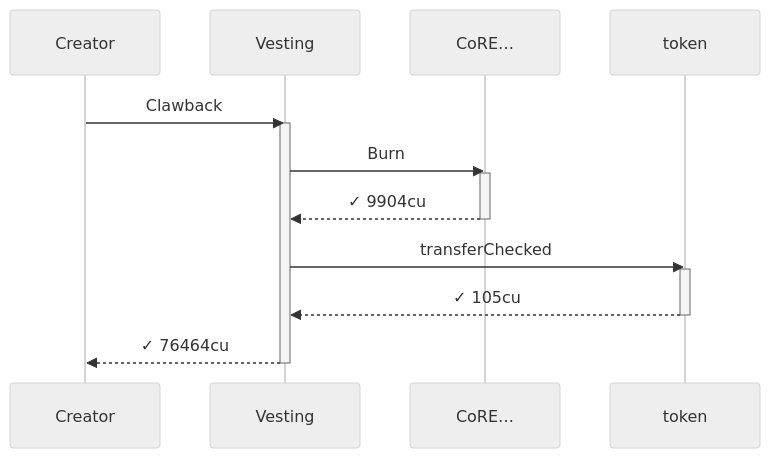
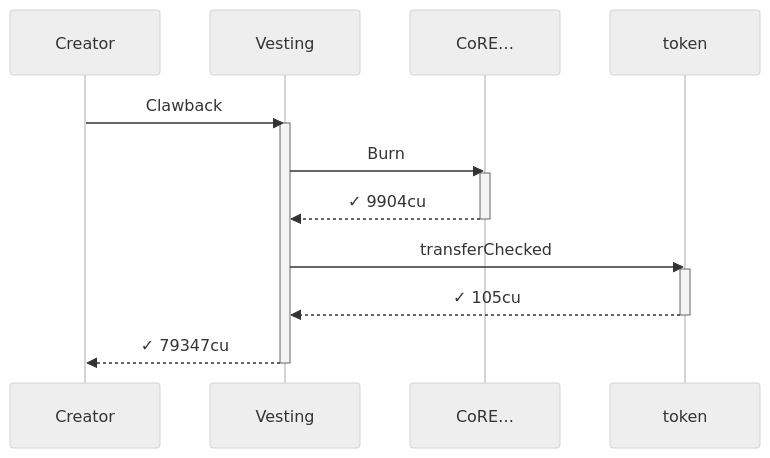
The seventh of 12 diagrams in babelfish-tests/test-report/vested_tokens_are_forfeited_past_the_grace_window.md (cds-turbin3/vesting-position), drawn with Mermaid (neutral theme) before and after one commit. The commit also changed other lines of this file and 106 other files, not shown here.

````diff
--- a/babelfish-tests/test-report/vested_tokens_are_forfeited_past_the_grace_window.md
+++ b/babelfish-tests/test-report/vested_tokens_are_forfeited_past_the_grace_window.md
@@ -399,19 +408,19 @@
 ```mermaid
 sequenceDiagram
     participant p0 as Creator
     participant p1 as Vesting
     participant p2 as CoRE…
     participant p3 as token
     p0->>p1: Clawback
     activate p1
     p1->>p2: Burn
     activate p2
     p2-->>p1: ✓ 9904cu
     deactivate p2
     p1->>p3: transferChecked
     activate p3
     p3-->>p1: ✓ 105cu
     deactivate p3
-    p1-->>p0: ✓ 76464cu
+    p1-->>p0: ✓ 79347cu
     deactivate p1
 ```
````
